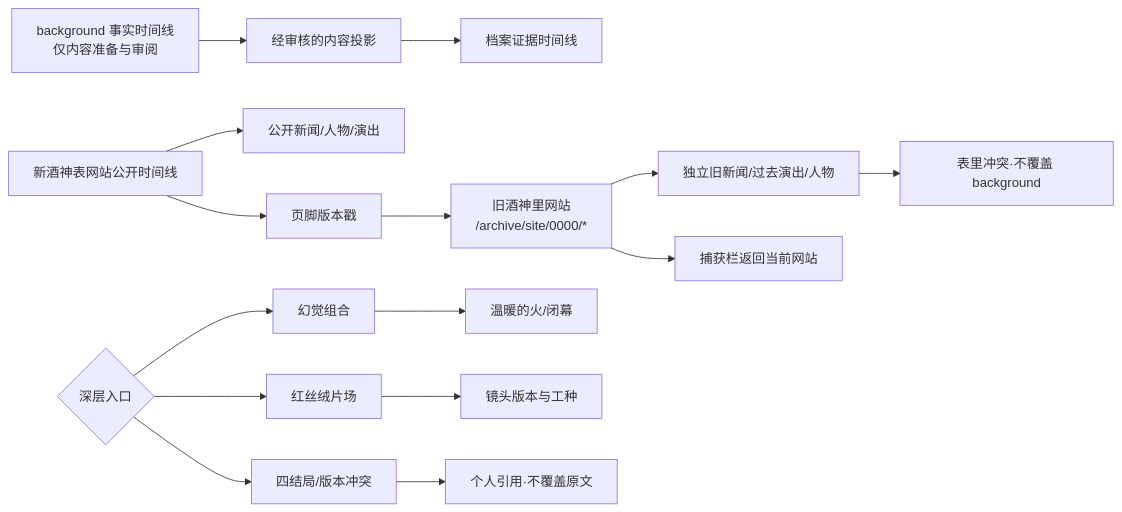
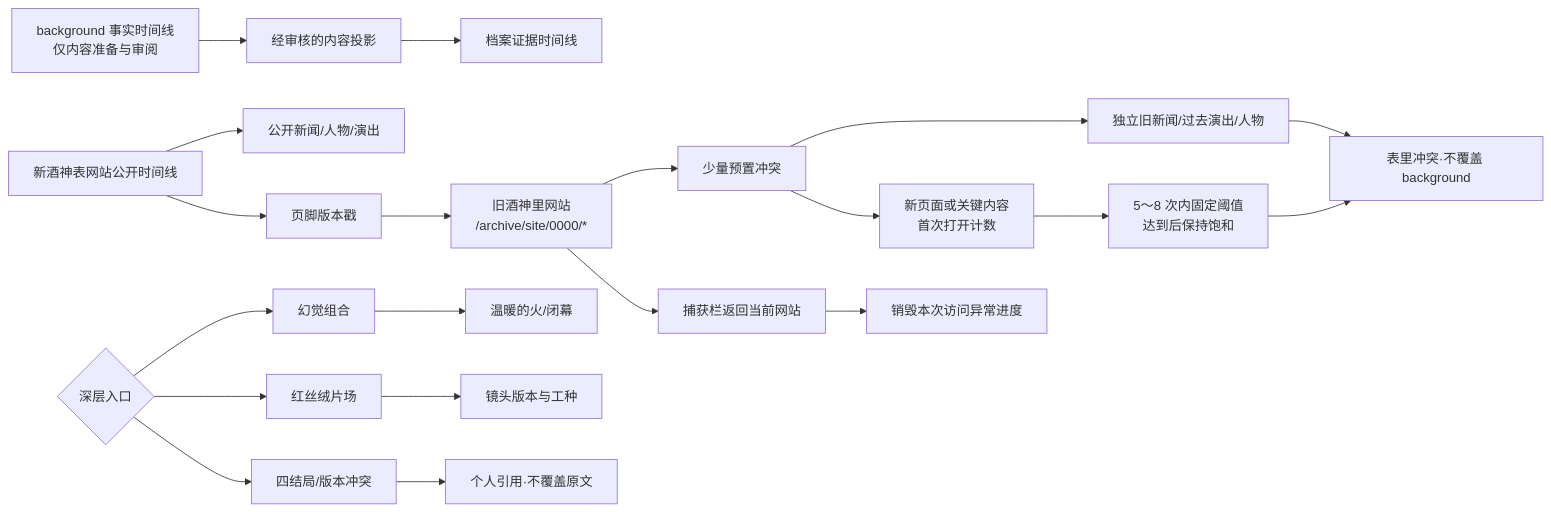
One commit to Selloryebir/crimson_troupe changed the diagram in docs/blueprint/03_journeys/maps/07_时间线与深层叙事.mmd. Above: the diagram before and after it, drawn with Mermaid. The commit also changed 9 other files, not shown here.

```diff
--- a/docs/blueprint/03_journeys/maps/07_时间线与深层叙事.mmd
+++ b/docs/blueprint/03_journeys/maps/07_时间线与深层叙事.mmd
@@ -1,15 +1,20 @@
 flowchart LR
   Background[background 事实时间线<br/>仅内容准备与审阅] --> Curated[经审核的内容投影]
   Curated --> Evidence[档案证据时间线]
   Surface[新酒神表网站公开时间线] --> PublicItem[公开新闻/人物/演出]
   Surface --> Stamp[页脚版本戳]
   Stamp --> Inner[旧酒神里网站<br/>/archive/site/0000/*]
-  Inner --> Conflict[独立旧新闻/过去演出/人物]
+  Inner --> Baseline[少量预置冲突]
+  Baseline --> Conflict[独立旧新闻/过去演出/人物]
   Conflict --> Compare[表里冲突·不覆盖 background]
+  Baseline --> Explore[新页面或关键内容<br/>首次打开计数]
+  Explore --> Saturate[5～8 次内固定阈值<br/>达到后保持饱和]
+  Saturate --> Compare
   Inner --> Return[捕获栏返回当前网站]
+  Return --> Reset[销毁本次访问异常进度]
   Deep{深层入口} --> Hallucination[幻觉组合]
   Deep --> Velvet[红丝绒片场]
   Deep --> Versions[四结局/版本冲突]
   Hallucination --> Restore[温暖的火/闭幕]
   Velvet --> Camera[镜头版本与工种]
   Versions --> Personal[个人引用·不覆盖原文]
```
